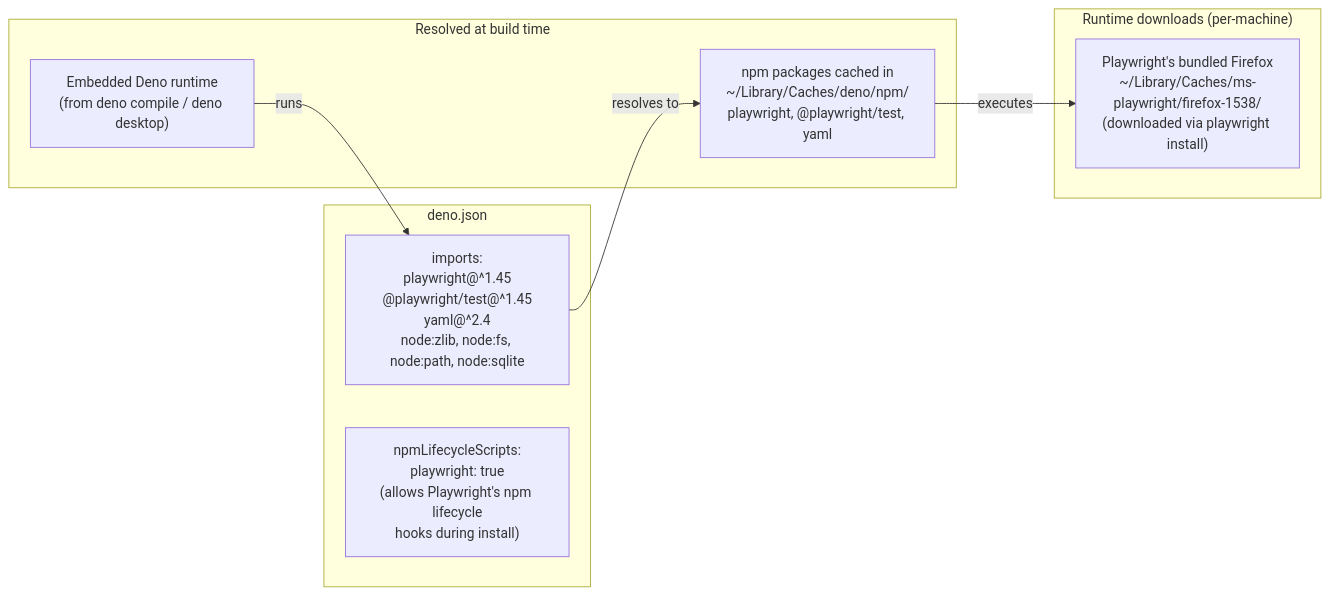
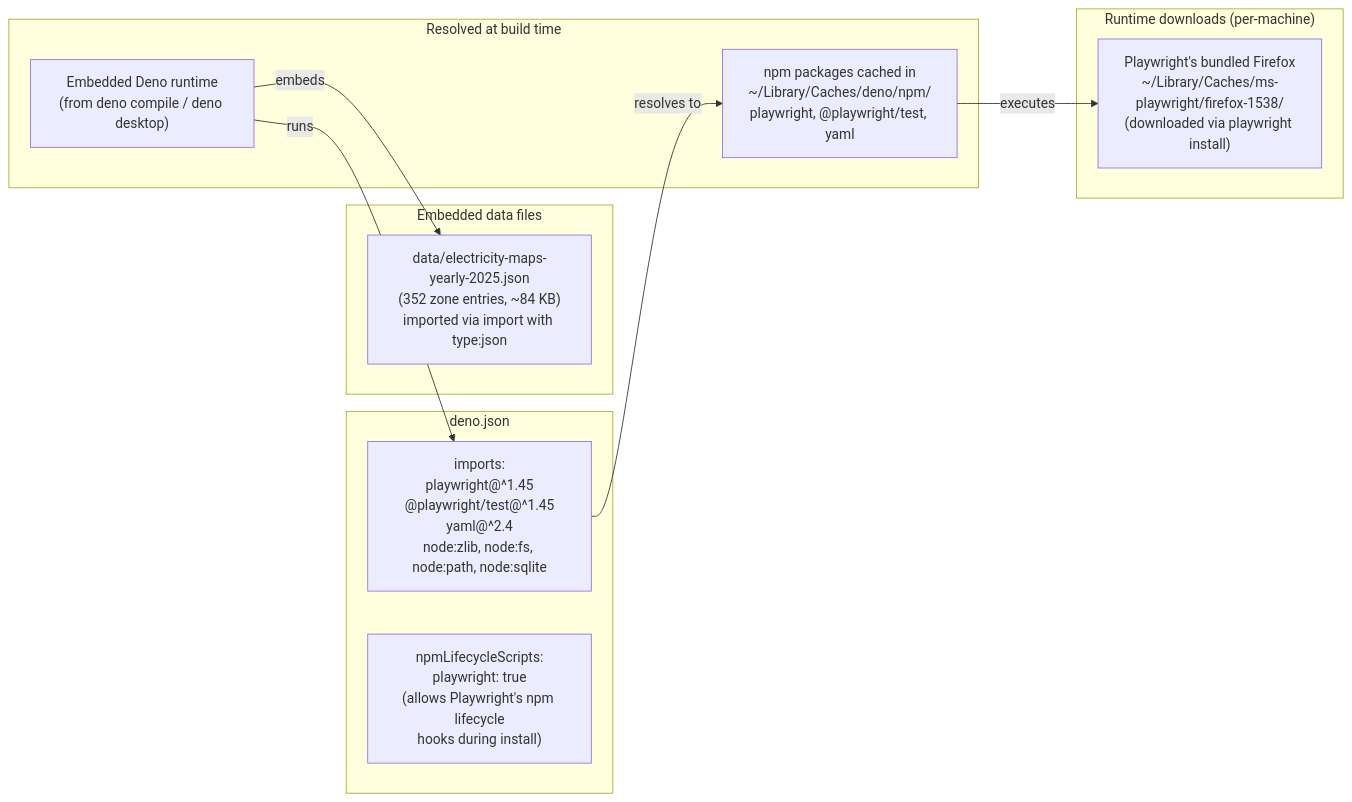
One commit to mrchrisadams/co2-runner changed diagram 12 of 13 in docs/architecture.md. Above: the diagram before and after it, drawn with Mermaid. The commit also changed other lines of this file, not shown here.

First line of the commit message:
Add C4 model diagrams to architecture.md + update out-of-date sections

````diff
--- a/docs/architecture.md
+++ b/docs/architecture.md
@@ -373,20 +461,25 @@
 ```mermaid
 graph LR
     subgraph "deno.json"
         IMPORTS["imports:<br/>playwright@^1.45<br/>@playwright/test@^1.45<br/>yaml@^2.4<br/>node:zlib, node:fs, node:path, node:sqlite"]
         NPMSCRIPTS["npmLifecycleScripts:<br/>playwright: true<br/>(allows Playwright's npm lifecycle<br/>hooks during install)"]
+    end
+
+    subgraph "Embedded data files"
+        EM_JSON["data/electricity-maps-yearly-2025.json<br/>(352 zone entries, ~84 KB)<br/>imported via import with type:json"]
     end
 
     subgraph "Resolved at build time"
         DENO_RT["Embedded Deno runtime<br/>(from deno compile / deno desktop)"]
         NPM_PKGS["npm packages cached in<br/>~/Library/Caches/deno/npm/<br/>playwright, @playwright/test, yaml"]
     end
 
     subgraph "Runtime downloads (per-machine)"
         FIREFOX["Playwright's bundled Firefox<br/>~/Library/Caches/ms-playwright/firefox-1538/<br/>(downloaded via playwright install)"]
     end
 
     IMPORTS -->|resolves to| NPM_PKGS
     DENO_RT -->|runs| IMPORTS
+    DENO_RT -->|embeds| EM_JSON
     NPM_PKGS -->|executes| FIREFOX
 ```
````
